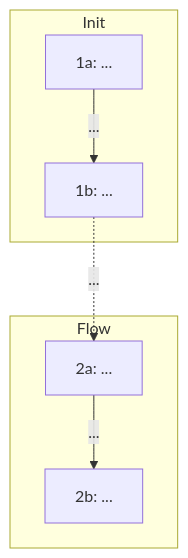
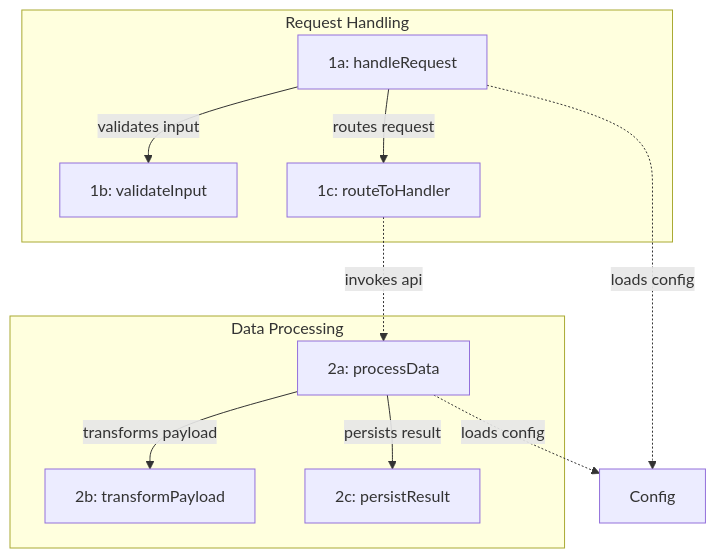
The first of 2 diagrams in prompts/smart/mermaid.md (mommysgoodpuppy/opencodemap), drawn with Mermaid before and after one commit. The commit also changed other lines of this file, not shown here.

````diff
--- a/prompts/smart/mermaid.md
+++ b/prompts/smart/mermaid.md
@@ -43,16 +101,24 @@
 ```mermaid
 graph TB
-    subgraph init [Init]
-        i1["1a: ..."]
-        i2["1b: ..."]
-        i1 -->|"..."| i2
+    subgraph trace1 [Request Handling]
+        t1a_handle["1a: handleRequest"]
+        t1b_validate["1b: validateInput"]
+        t1c_route["1c: routeToHandler"]
+        t1a_handle -->|"validates input"| t1b_validate
+        t1a_handle -->|"routes request"| t1c_route
     end
 
-    subgraph flow [Flow]
-        f1["2a: ..."]
-        f2["2b: ..."]
-        f1 -->|"..."| f2
+    subgraph trace2 [Data Processing]
+        t2a_process["2a: processData"]
+        t2b_transform["2b: transformPayload"]
+        t2c_persist["2c: persistResult"]
+        t2a_process -->|"transforms payload"| t2b_transform
+        t2a_process -->|"persists result"| t2c_persist
     end
 
-    i2 -.->|"..."| f1
+    config["Config"]
+    t1a_handle -.->|"loads config"| config
+    t2a_process -.->|"loads config"| config
+
+    t1c_route -.->|"invokes api"| t2a_process
 ```
````
